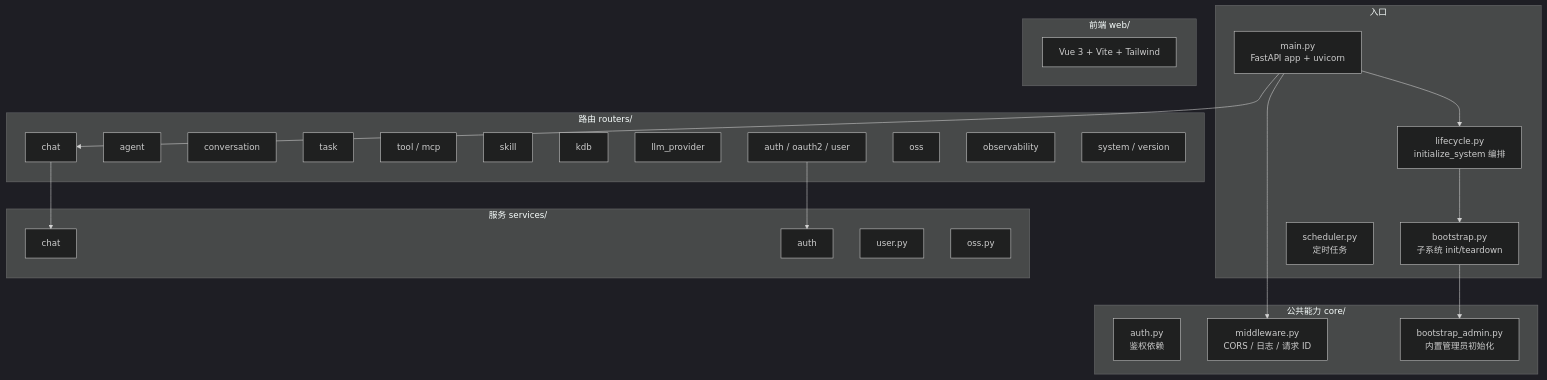
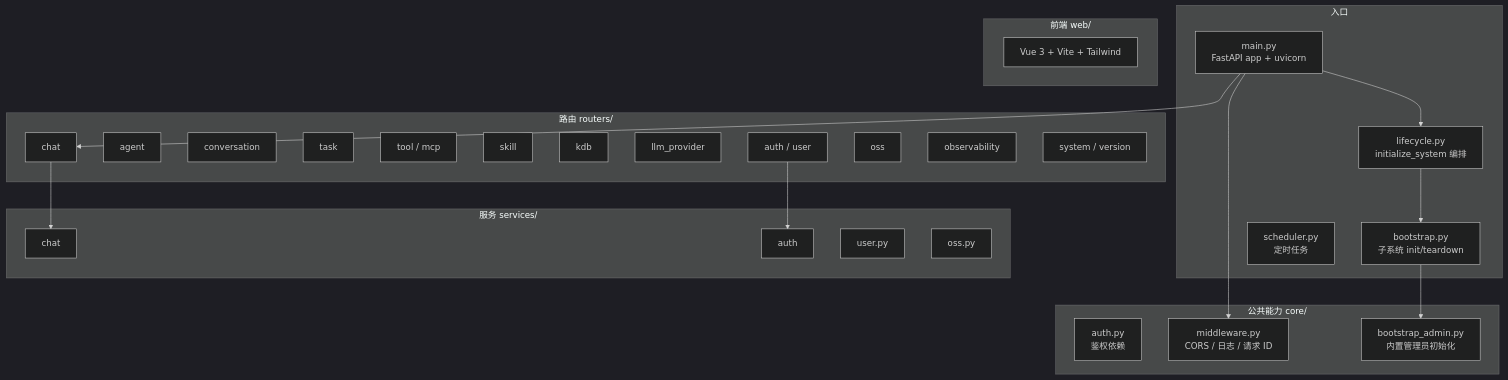
Before and after one commit to ZHangZHengEric/Sage: the first of 5 diagrams in docs/zh/architecture/ARCHITECTURE_APP_SERVER.md, drawn with Mermaid (dark theme). The commit also changed other lines of this file and 78 other files, not shown here.

````diff
--- a/docs/zh/architecture/ARCHITECTURE_APP_SERVER.md
+++ b/docs/zh/architecture/ARCHITECTURE_APP_SERVER.md
@@ -19,49 +19,49 @@
 ```mermaid
 flowchart TB
     subgraph 入口
         Main[main.py<br/>FastAPI app + uvicorn]
         Boot[bootstrap.py<br/>子系统 init/teardown]
         Life[lifecycle.py<br/>initialize_system 编排]
         Sched[scheduler.py<br/>定时任务]
     end
 
     subgraph G_Core ["公共能力 core/"]
         Auth[auth.py<br/>鉴权依赖]
         Mid[middleware.py<br/>CORS / 日志 / 请求 ID]
         AdminBoot[bootstrap_admin.py<br/>内置管理员初始化]
     end
 
     subgraph G_Routers ["路由 routers/"]
         RChat[chat]
         RAgent[agent]
         RConv[conversation]
         RTask[task]
         RTool[tool / mcp]
         RSkill[skill]
         RKdb[kdb]
         RLLM[llm_provider]
-        RAuth[auth / oauth2 / user]
+        RAuth[auth / user]
         ROss[oss]
         RObs[observability]
         RSys[system / version]
     end
 
     subgraph G_Services ["服务 services/"]
         SChat[chat]
         SAuth[auth]
         SUser[user.py]
         SOss[oss.py]
     end
 
     subgraph G_Web ["前端 web/"]
         WebSrc[Vue 3 + Vite + Tailwind]
     end
 
     Main --> Mid
     Main --> Life
     Main --> RChat
     RChat --> SChat
     RAuth --> SAuth
     Life --> Boot
     Boot --> AdminBoot
 ```
````
